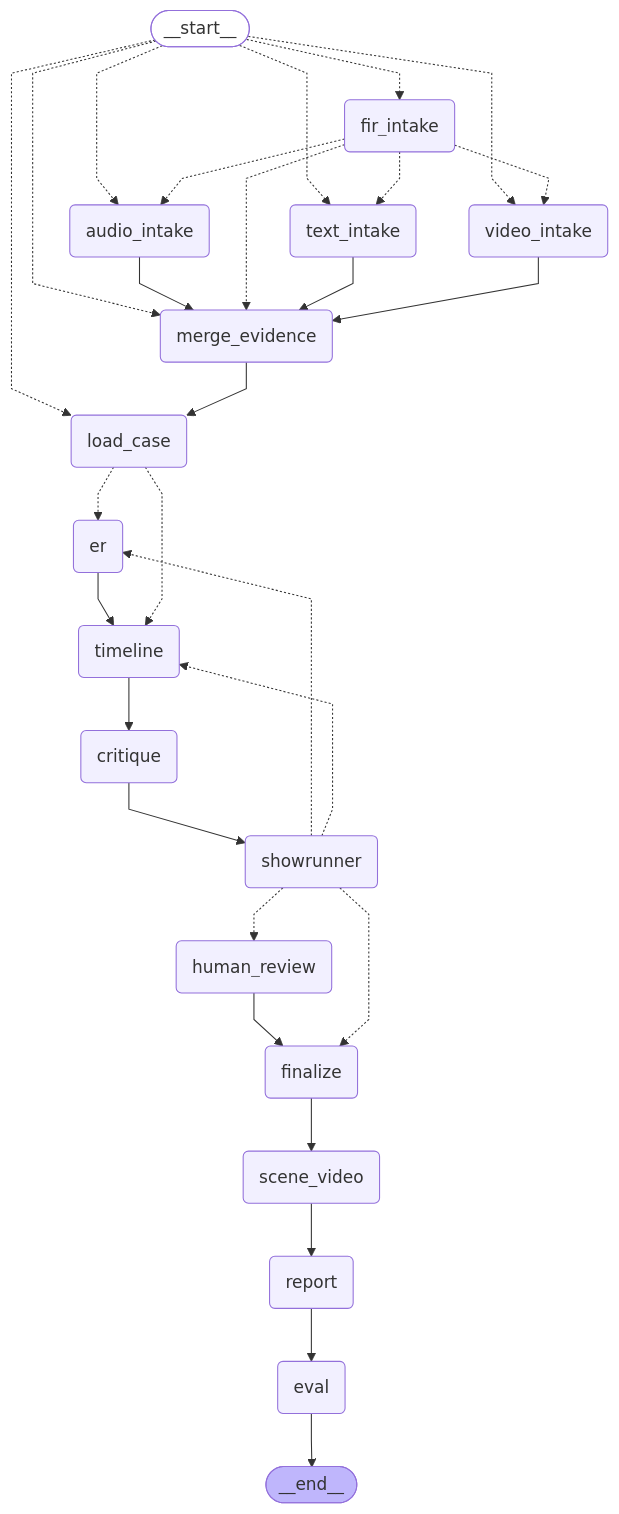
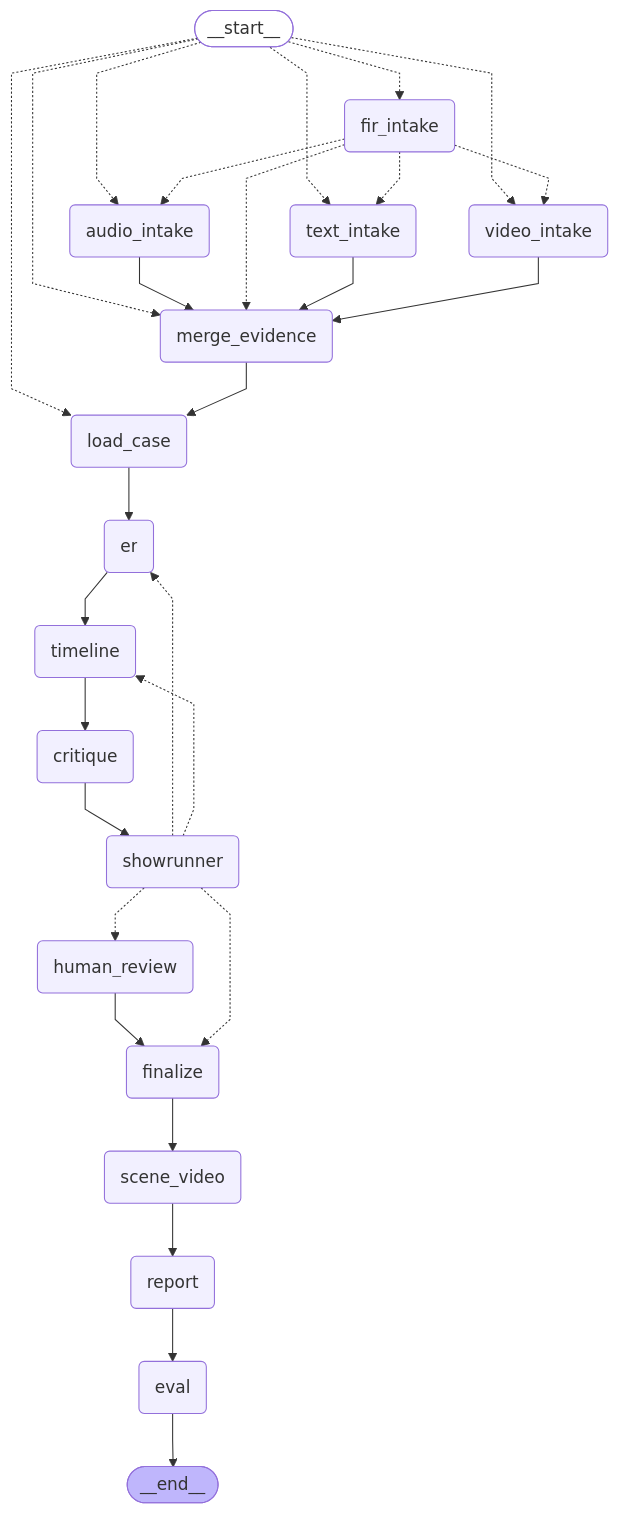
The diagram in docs/pipeline_graph.md (Snehapandit2224/ForenSynth---A-Smart-Evidence-Analyzer-and-Forensic-Event-Reconstructor), drawn with Mermaid before and after one commit. The commit also changed 86 other files, not shown here.

````diff
--- a/docs/pipeline_graph.md
+++ b/docs/pipeline_graph.md
@@ -5,56 +5,55 @@
 ```mermaid
 ---
 config:
   flowchart:
     curve: linear
 ---
 graph TD;
 	__start__([<p>__start__</p>]):::first
 	fir_intake(fir_intake)
 	text_intake(text_intake)
 	audio_intake(audio_intake)
 	video_intake(video_intake)
 	merge_evidence(merge_evidence)
 	load_case(load_case)
 	er(er)
 	timeline(timeline)
 	critique(critique)
 	showrunner(showrunner)
 	human_review(human_review)
 	finalize(finalize)
 	scene_video(scene_video)
 	report(report)
 	eval(eval)
 	__end__([<p>__end__</p>]):::last
 	__start__ -.-> audio_intake;
 	__start__ -.-> fir_intake;
 	__start__ -.-> load_case;
 	__start__ -.-> merge_evidence;
 	__start__ -.-> text_intake;
 	__start__ -.-> video_intake;
 	audio_intake --> merge_evidence;
 	critique --> showrunner;
 	er --> timeline;
 	finalize --> scene_video;
 	fir_intake -.-> audio_intake;
 	fir_intake -.-> merge_evidence;
 	fir_intake -.-> text_intake;
 	fir_intake -.-> video_intake;
 	human_review --> finalize;
-	load_case -.-> er;
-	load_case -.-> timeline;
+	load_case --> er;
 	merge_evidence --> load_case;
 	report --> eval;
 	scene_video --> report;
 	showrunner -.-> er;
 	showrunner -.-> finalize;
 	showrunner -.-> human_review;
 	showrunner -.-> timeline;
 	text_intake --> merge_evidence;
 	timeline --> critique;
 	video_intake --> merge_evidence;
 	eval --> __end__;
 	classDef default fill:#f2f0ff,line-height:1.2
 	classDef first fill-opacity:0
 	classDef last fill:#bfb6fc
 ```
````
